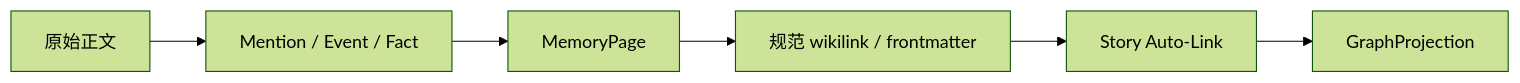
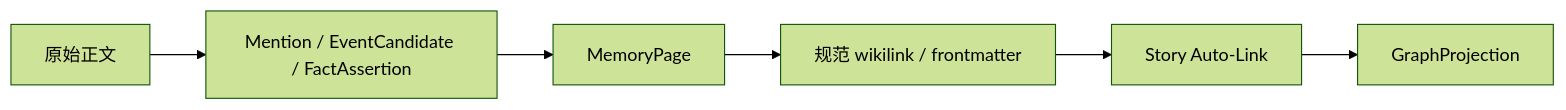
Before and after one commit to FrankQDWang/sextantlabs: the second of 6 diagrams in goals/19-story-auto-link.md, drawn with Mermaid (forest theme). The commit also changed other lines of this file, not shown here.

Commit message:
Align story auto-link with canonical relation schema

````diff
--- a/goals/19-story-auto-link.md
+++ b/goals/19-story-auto-link.md
@@ -66,8 +67,8 @@
 ```mermaid
 flowchart LR
-    A[原始正文] --> B[Mention / Event / Fact]
+    A[原始正文] --> B[Mention / EventCandidate / FactAssertion]
     B --> C[MemoryPage]
     C --> D[规范 wikilink / frontmatter]
     D --> E[Story Auto-Link]
     E --> F[GraphProjection]
 ```
````
